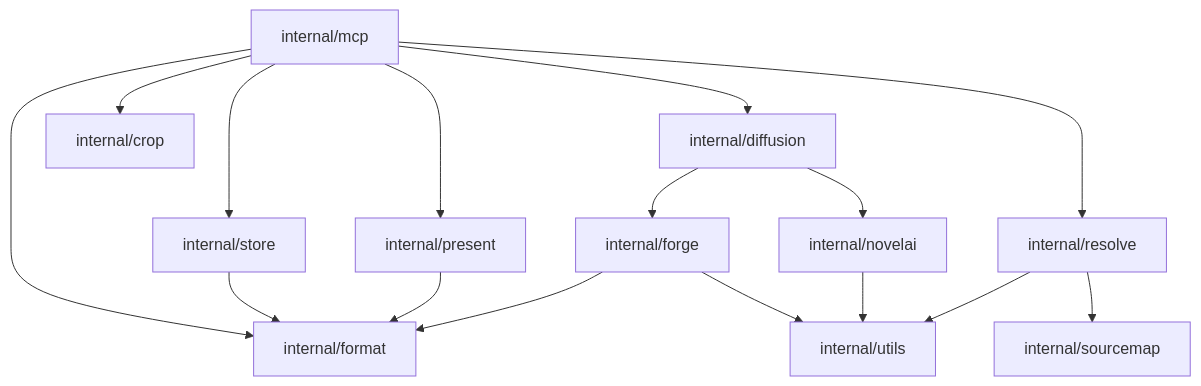
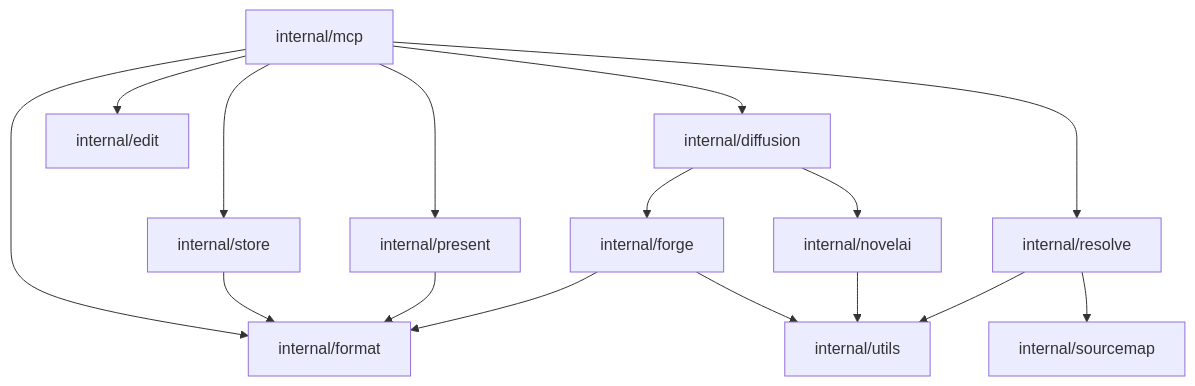
Before and after one commit to wishmatic/neo-mcp: the diagram in AGENTS.md, drawn with Mermaid. The commit also changed 15 other files, not shown here.

Commit message:
Rename crop package and tool to edit

````diff
--- a/AGENTS.md
+++ b/AGENTS.md
@@ -83,32 +83,32 @@
 ```mermaid
 flowchart TD
     mcp["internal/mcp"]
     diffusion["internal/diffusion"]
     present["internal/present"]
-    crop["internal/crop"]
+    edit["internal/edit"]
     format["internal/format"]
     forge["internal/forge"]
     novelai["internal/novelai"]
     sourcemap["internal/sourcemap"]
     resolve["internal/resolve"]
     store["internal/store"]
     utils["internal/utils"]
 
     mcp --> diffusion
-    mcp --> crop
+    mcp --> edit
     mcp --> present
     mcp --> format
     mcp --> resolve
     mcp --> store
 
     diffusion --> forge
     diffusion --> novelai
     store --> format
     present --> format
 
     forge --> format
     forge --> utils
     novelai --> utils
     resolve --> sourcemap
     resolve --> utils
 ```
````
